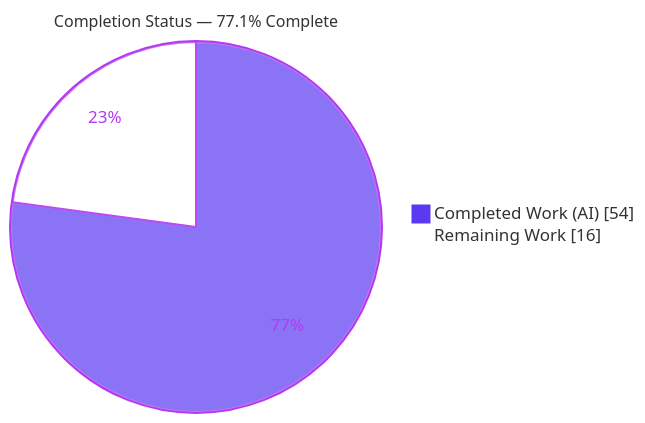
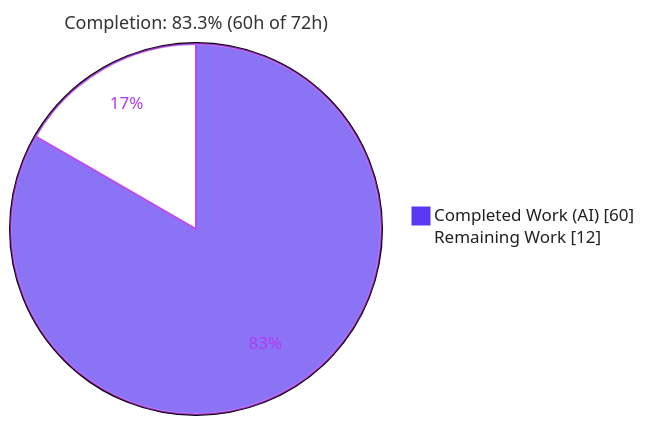
One commit to Blitzy-Sandbox/blitzy-celery changed the first of 3 diagrams in blitzy/documentation/Project Guide.md. Above: the diagram before and after it, drawn with Mermaid. The commit also changed other lines of this file, not shown here.

Commit message:
Adding Blitzy Project Guide: Project Status and Human Tasks Remaining

````diff
--- a/blitzy/documentation/Project Guide.md
+++ b/blitzy/documentation/Project Guide.md
@@ -15,6 +15,6 @@
 ```mermaid
-%%{init: {'theme':'base','themeVariables':{'pie1':'#5B39F3','pie2':'#FFFFFF','pieStrokeColor':'#B23AF2','pieOuterStrokeColor':'#B23AF2','pieSectionTextColor':'#B23AF2','pieStrokeWidth':'2px','pieTitleTextSize':'16px'}}}%%
-pie showData title Completion Status — 77.1% Complete
-    "Completed Work (AI)" : 54
-    "Remaining Work" : 16
+%%{init: {'theme':'base', 'themeVariables': {'pie1':'#5B39F3','pie2':'#FFFFFF','pieStrokeColor':'#B23AF2','pieStrokeWidth':'2px','pieOuterStrokeWidth':'2px','pieTitleTextSize':'18px','pieSectionTextStyle':'bold','pieSectionTextColor':'#B23AF2','pieLegendTextColor':'#222'}}}%%
+pie showData title Completion: 83.3% (60h of 72h)
+    "Completed Work (AI)" : 60
+    "Remaining Work" : 12
 ```
````
